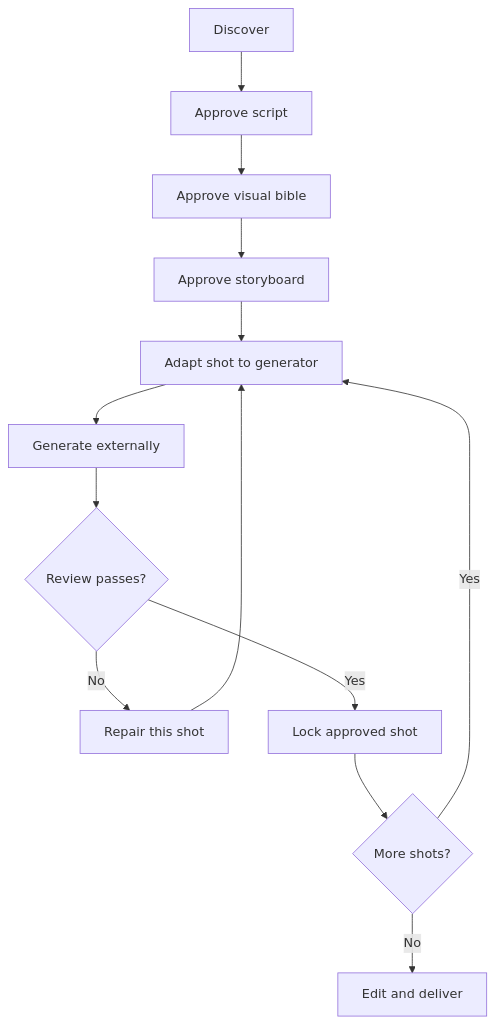
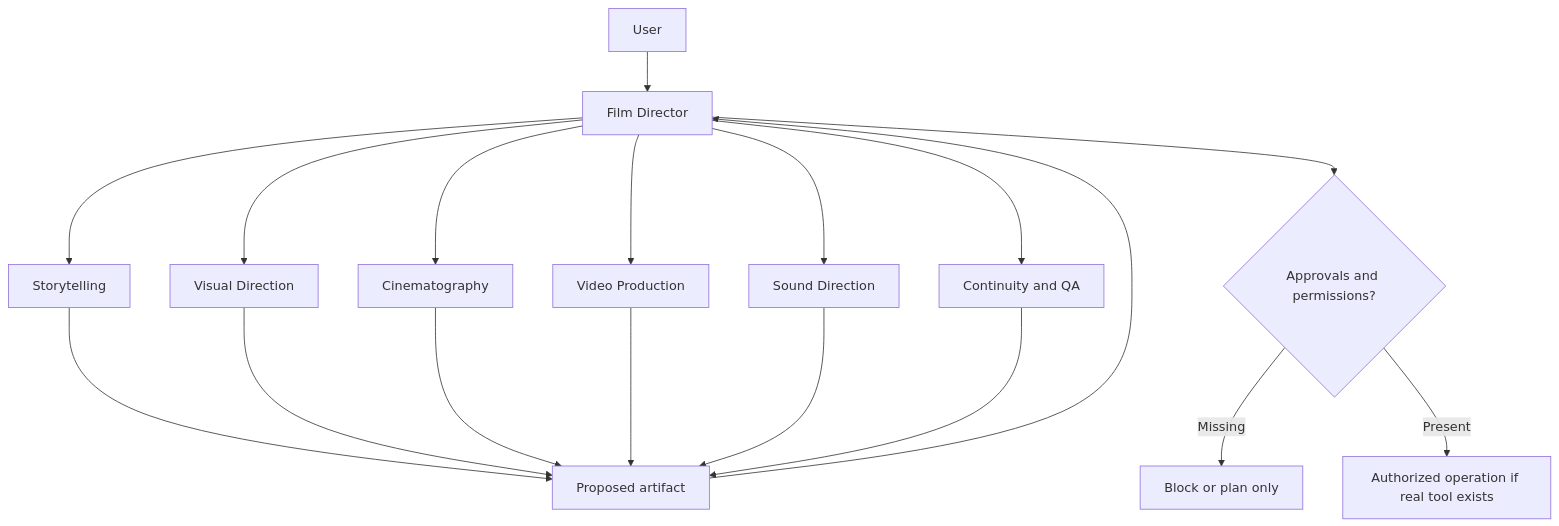
The diagram in docs/architecture.md (montadhahri/universal-ai-film-director), drawn with Mermaid before and after one commit. The commit also changed other lines of this file and 128 other files, not shown here.

````diff
--- a/docs/architecture.md
+++ b/docs/architecture.md
@@ -2,15 +13,20 @@
 ```mermaid
 flowchart TD
-A[Discover] --> B[Approve script]
-B --> C[Approve visual bible]
-C --> D[Approve storyboard]
-D --> E[Adapt shot to generator]
-E --> F[Generate externally]
-F --> G{Review passes?}
-G -- No --> H[Repair this shot]
-H --> E
-G -- Yes --> I[Lock approved shot]
-I --> J{More shots?}
-J -- Yes --> E
-J -- No --> K[Edit and deliver]
+ U[User] --> D[Film Director]
+ D --> S[Storytelling]
+ D --> V[Visual Direction]
+ D --> C[Cinematography]
+ D --> P[Video Production]
+ D --> A[Sound Direction]
+ D --> Q[Continuity and QA]
+ S --> R[Proposed artifact]
+ V --> R
+ C --> R
+ P --> R
+ A --> R
+ Q --> R
+ R --> D
+ D --> G{Approvals and permissions?}
+ G -- Missing --> B[Block or plan only]
+ G -- Present --> X[Authorized operation if real tool exists]
 ```
````
